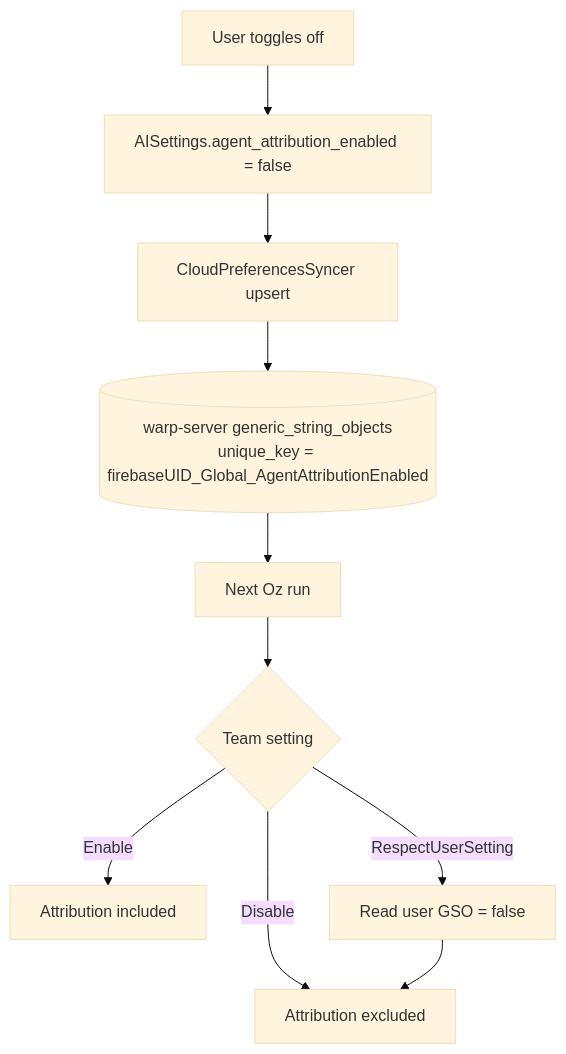
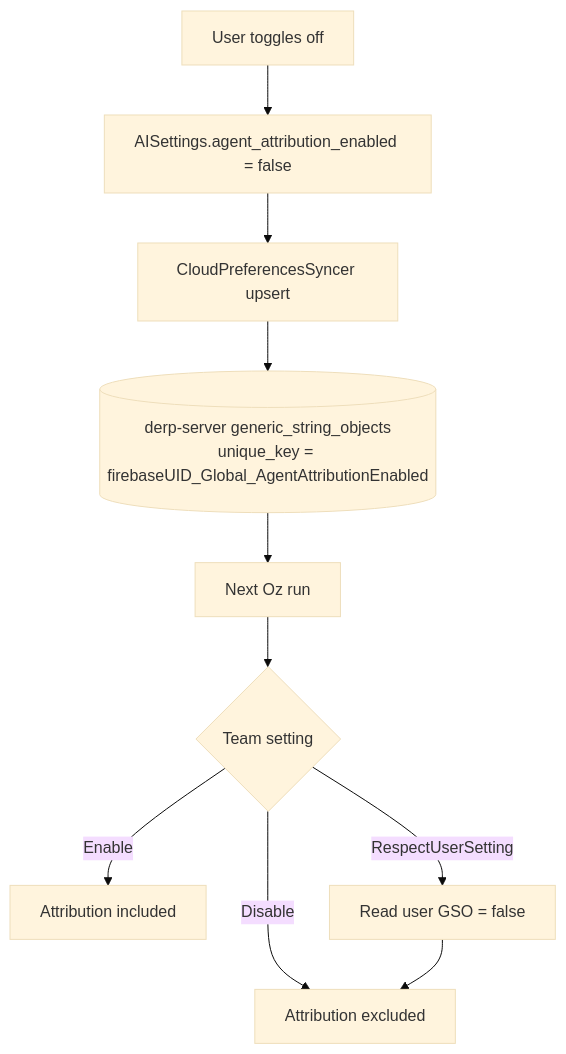
One commit to antikrust/krust-terminal changed the diagram in specs/APP-3585/TECH.md. Above: the diagram before and after it, drawn with Mermaid (base theme). The commit also changed other lines of this file and 9069 other files, not shown here.

First line of the commit message:
Rebrand Warp -> Derp; vendor and disconnect all external deps

````diff
--- a/specs/APP-3585/TECH.md
+++ b/specs/APP-3585/TECH.md
@@ -67,12 +67,12 @@
 ```mermaid
 flowchart TD
     A[User toggles off] --> B[AISettings.agent_attribution_enabled = false]
     B --> C[CloudPreferencesSyncer upsert]
-    C --> D[(warp-server generic_string_objects\nunique_key = firebaseUID_Global_AgentAttributionEnabled)]
+    C --> D[(derp-server generic_string_objects\nunique_key = firebaseUID_Global_AgentAttributionEnabled)]
     D --> E[Next Oz run]
     E --> F{Team setting}
     F -->|Enable| G[Attribution included]
     F -->|Disable| H[Attribution excluded]
     F -->|RespectUserSetting| I[Read user GSO = false]
     I --> H
 ```
````
